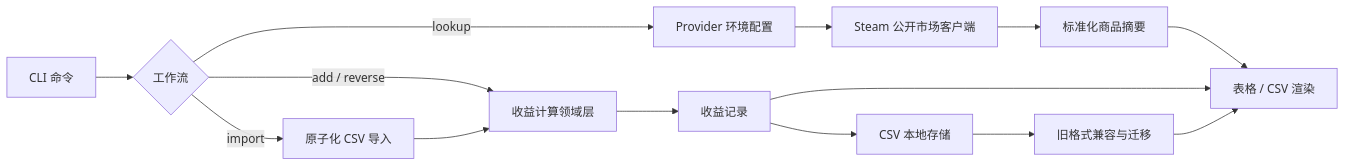
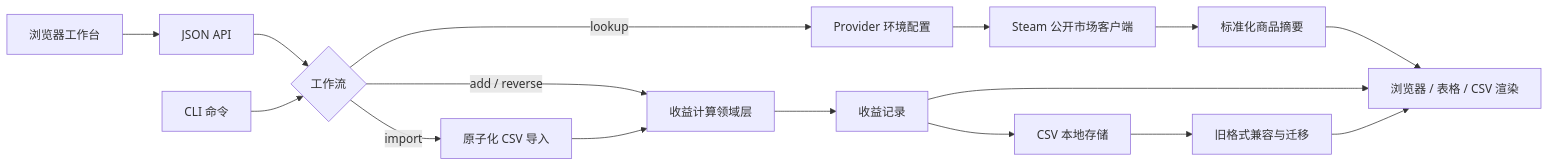
The diagram in README.zh-CN.md (NoireOffical/steam-profit-calculator), drawn with Mermaid before and after one commit. The commit also changed other lines of this file and 18 other files, not shown here.

````diff
--- a/README.zh-CN.md
+++ b/README.zh-CN.md
@@ -29,18 +30,20 @@
 ```mermaid
 flowchart LR
-    A["CLI 命令"] --> B{"工作流"}
+    W["浏览器工作台"] --> A["JSON API"]
+    A --> B{"工作流"}
+    L["CLI 命令"] --> B
     B -->|"lookup"| C["Provider 环境配置"]
     C --> D["Steam 公开市场客户端"]
     D --> E["标准化商品摘要"]
 
     B -->|"add / reverse"| F["收益计算领域层"]
     B -->|"import"| G["原子化 CSV 导入"]
     G --> F
     F --> H["收益记录"]
 
     H --> I["CSV 本地存储"]
     I --> J["旧格式兼容与迁移"]
-    E --> K["表格 / CSV 渲染"]
+    E --> K["浏览器 / 表格 / CSV 渲染"]
     H --> K
     J --> K
 ```
````
